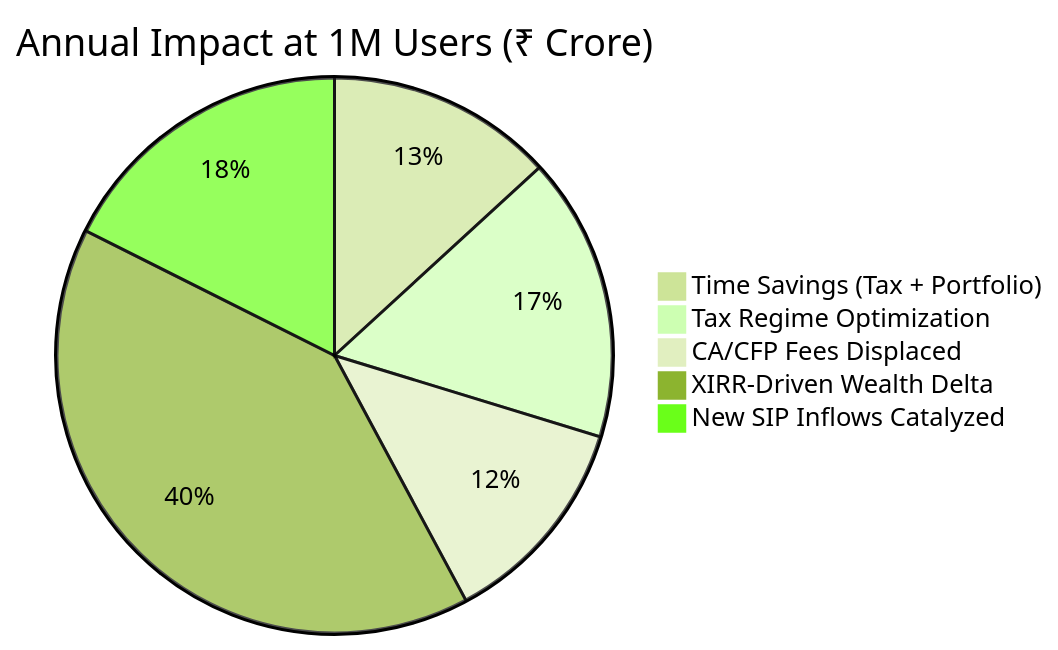
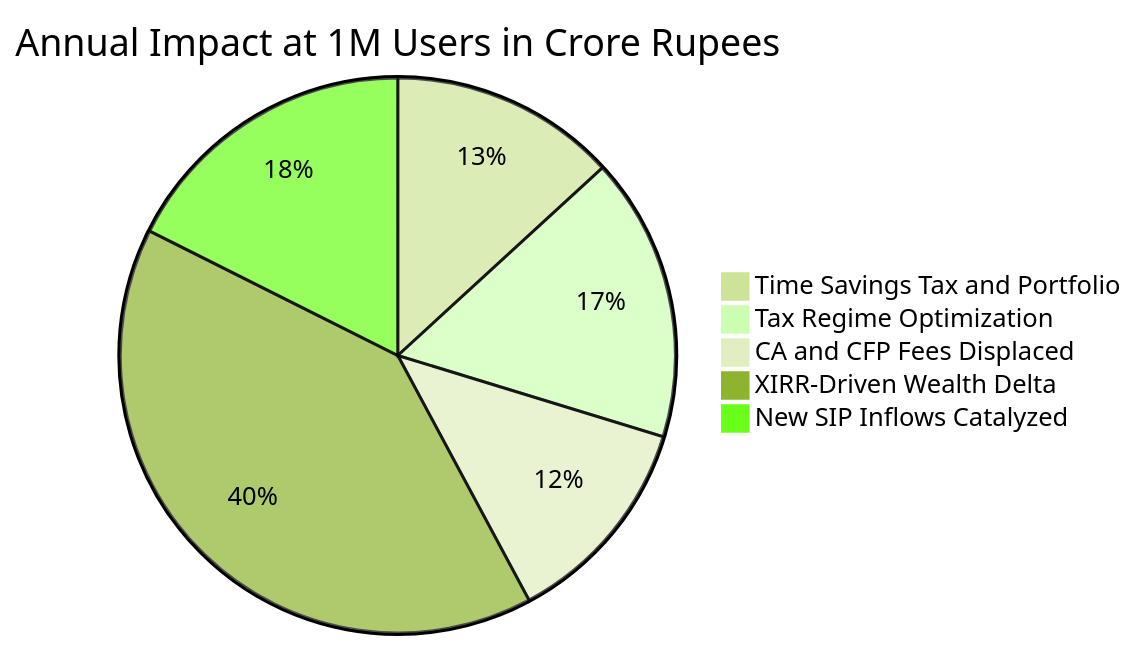
One commit to Devguru-codes/AI-Money-Mentor changed the first of 2 diagrams in IMPACT_MODEL.md. Above: the diagram before and after it, drawn with Mermaid (forest theme). The commit also changed other lines of this file and 1 other file, not shown here.

Commit message:
fix: repair all Mermaid diagram syntax in ARCHITECTURE_DOCUMENT and IMPACT_MODEL

````diff
--- a/IMPACT_MODEL.md
+++ b/IMPACT_MODEL.md
@@ -132,8 +132,8 @@
 ```mermaid
-pie title Annual Impact at 1M Users (₹ Crore)
-    "Time Savings (Tax + Portfolio)" : 472
+pie title Annual Impact at 1M Users in Crore Rupees
+    "Time Savings Tax and Portfolio" : 472
     "Tax Regime Optimization" : 592
-    "CA/CFP Fees Displaced" : 445
+    "CA and CFP Fees Displaced" : 445
     "XIRR-Driven Wealth Delta" : 1440
     "New SIP Inflows Catalyzed" : 630
 ```
````
